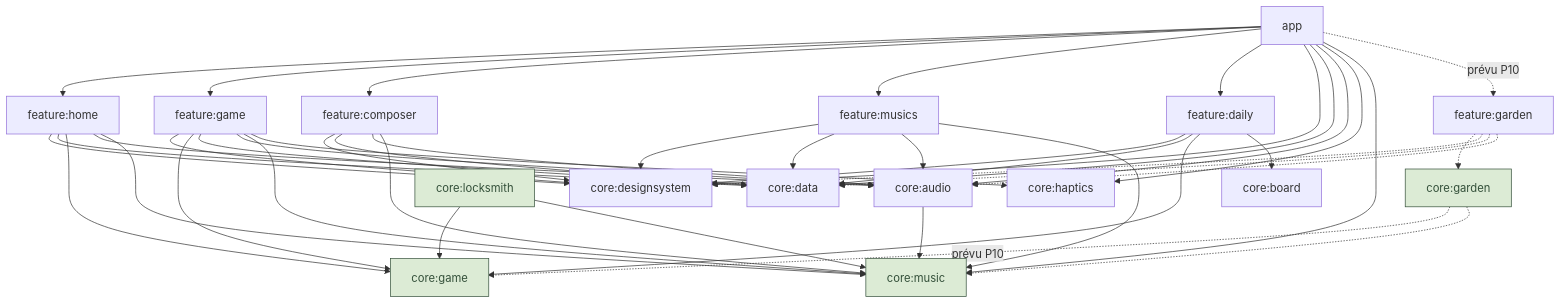
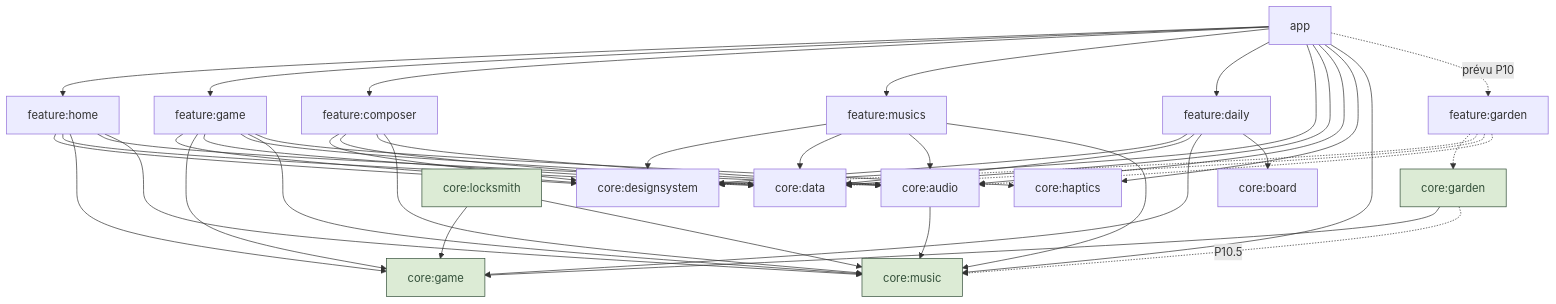
Before and after one commit to magori/blox: the first of 2 diagrams in docs/architecture.md, drawn with Mermaid. The commit also changed other lines of this file and 14 other files, not shown here.

First line of the commit message:
✨ feat(core-garden): le jardin du Jardin musical

````diff
--- a/docs/architecture.md
+++ b/docs/architecture.md
@@ -11,58 +11,58 @@
 ```mermaid
 graph TD
     app --> featureHome[feature:home]
     app --> featureGame[feature:game]
     app --> featureComposer[feature:composer]
     app --> featureMusics[feature:musics]
     app --> featureDaily[feature:daily]
     app --> designsystem[core:designsystem]
     app --> data[core:data]
     app --> audio[core:audio]
     app --> haptics[core:haptics]
     app --> music
 
     featureHome --> designsystem
     featureHome --> data
     featureHome --> game
     featureHome --> audio
     featureHome --> music
 
     featureGame --> designsystem
     featureGame --> game[core:game]
     featureGame --> data
     featureGame --> audio
     featureGame --> music
     featureGame --> haptics
 
     featureComposer --> designsystem
     featureComposer --> data
     featureComposer --> audio
     featureComposer --> music
 
     featureMusics --> designsystem
     featureMusics --> data
     featureMusics --> audio
     featureMusics --> music
 
     featureDaily --> designsystem
     featureDaily --> data
     featureDaily --> game
     featureDaily --> board[core:board]
 
     audio --> music[core:music]
 
     locksmith[core:locksmith] --> game
     locksmith --> music
 
-    garden[core:garden] -.->|prévu P10| game
-    garden -.-> music
+    garden[core:garden] --> game
+    garden -.->|P10.5| music
 
     app -.->|prévu P10| featureGarden[feature:garden]
     featureGarden -.-> garden
     featureGarden -.-> designsystem
     featureGarden -.-> data
     featureGarden -.-> audio
 
     classDef pure fill:#dcebd5,stroke:#34503a,color:#34503a
     class game,music,locksmith,garden pure
 ```
````
